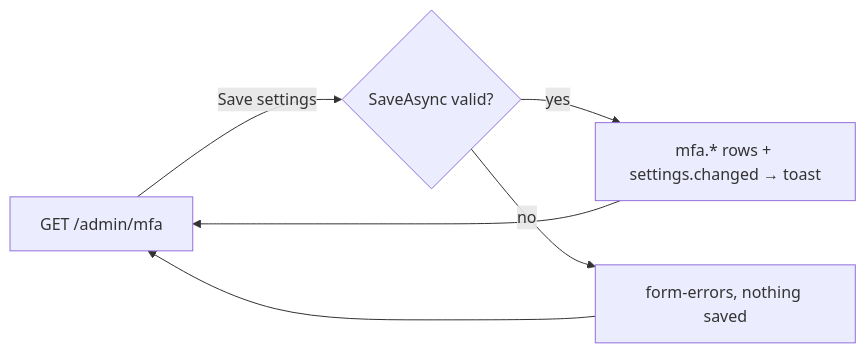
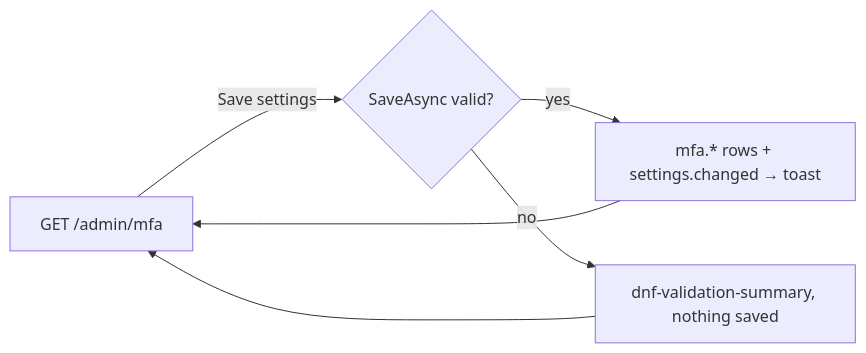
The diagram in .docs/pages/mfa.md (Albadit/DotNetForge), drawn with Mermaid before and after one commit. The commit also changed other lines of this file and 412 other files, not shown here.

````diff
--- a/.docs/pages/mfa.md
+++ b/.docs/pages/mfa.md
@@ -124,6 +124,6 @@
 ```mermaid
 flowchart LR
     A["GET /admin/mfa"] -- Save settings --> B{"SaveAsync valid?"}
     B -- yes --> C["mfa.* rows + settings.changed → toast"] --> A
-    B -- no --> D["form-errors, nothing saved"] --> A
+    B -- no --> D["dnf-validation-summary, nothing saved"] --> A
 ```
````
